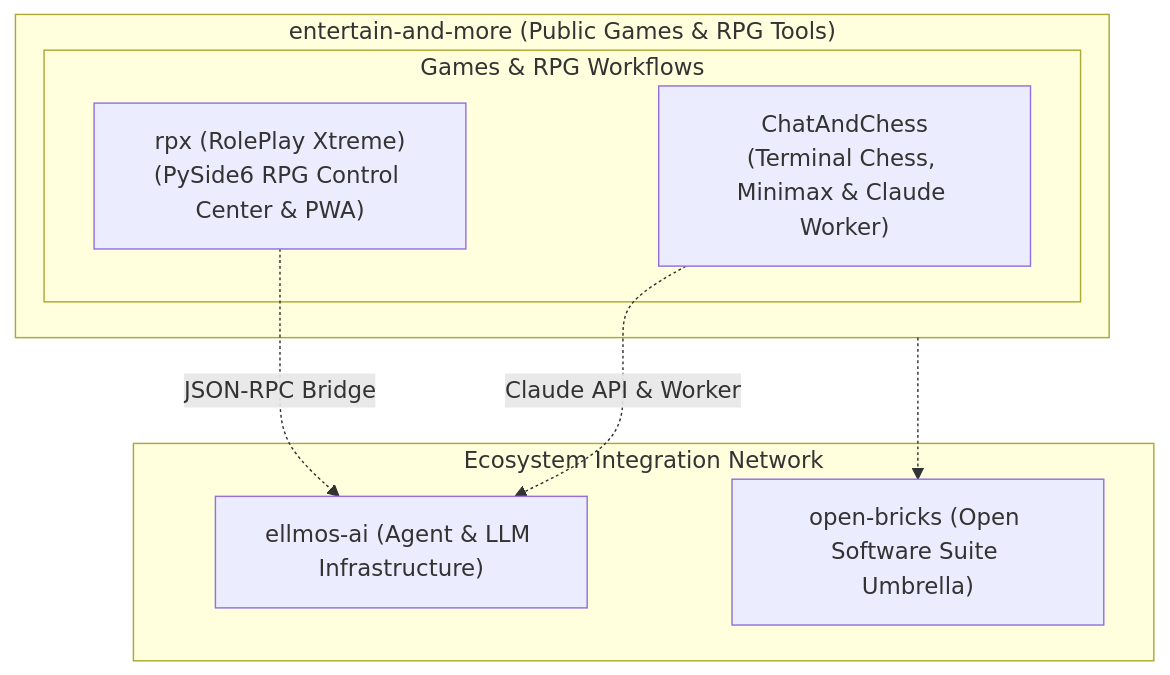
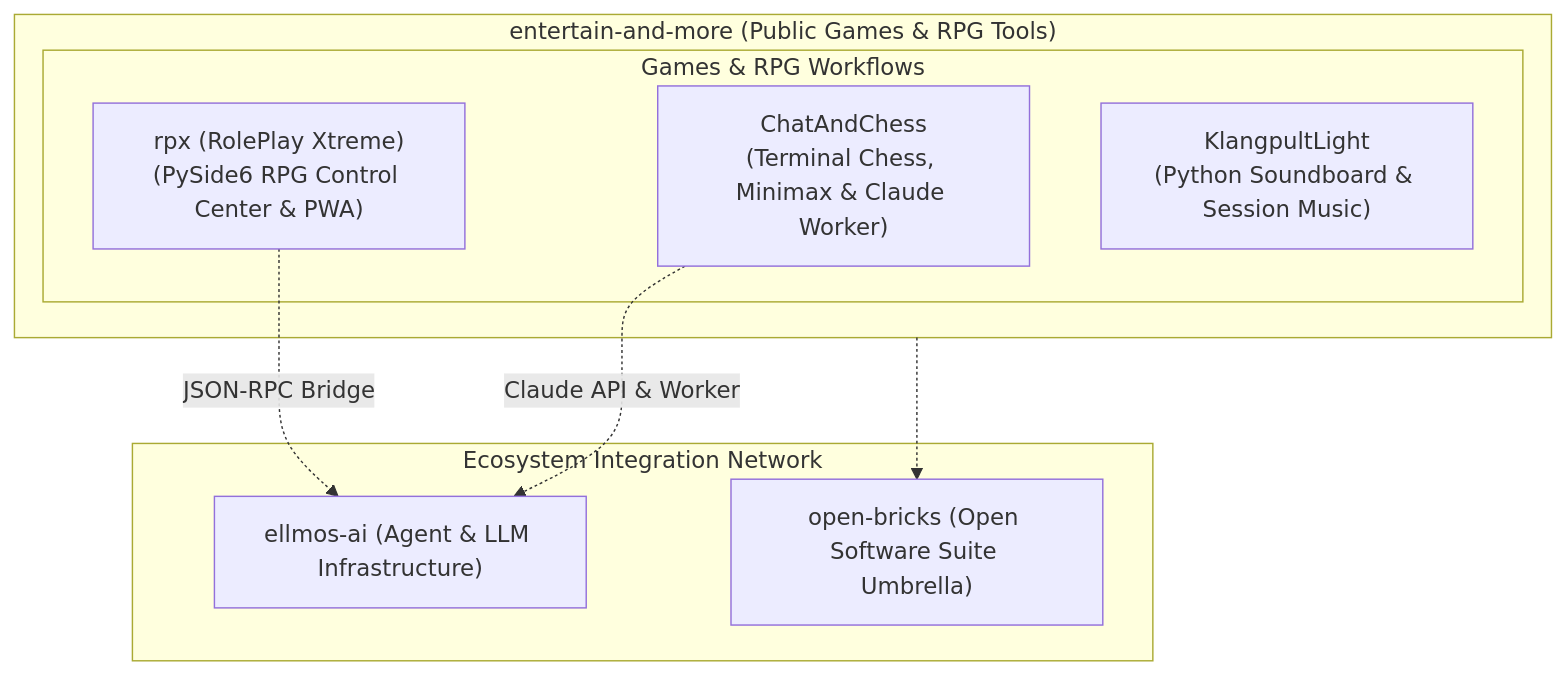
One commit to entertain-and-more/.github changed the diagram in profile/README.md. Above: the diagram before and after it, drawn with Mermaid. The commit also changed other lines of this file and 4 other files, not shown here.

Commit message:
docs(profile): add KlangpultLight to public organization index

````diff
--- a/profile/README.md
+++ b/profile/README.md
@@ -37,19 +40,20 @@
 ```mermaid
 graph TD
     subgraph Org ["entertain-and-more (Public Games & RPG Tools)"]
         subgraph Gaming ["Games & RPG Workflows"]
             CC["ChatAndChess<br/>(Terminal Chess, Minimax & Claude Worker)"]
             RPX["rpx (RolePlay Xtreme)<br/>(PySide6 RPG Control Center & PWA)"]
+            KLANG["KlangpultLight<br/>(Python Soundboard & Session Music)"]
         end
 
     end
 
     subgraph Eco ["Ecosystem Integration Network"]
         ELLMOS["ellmos-ai (Agent & LLM Infrastructure)"]
         OPEN["open-bricks (Open Software Suite Umbrella)"]
     end
 
     CC -.->|Claude API & Worker| ELLMOS
     RPX -.->|JSON-RPC Bridge| ELLMOS
     Org -.-> OPEN
 ```
````
